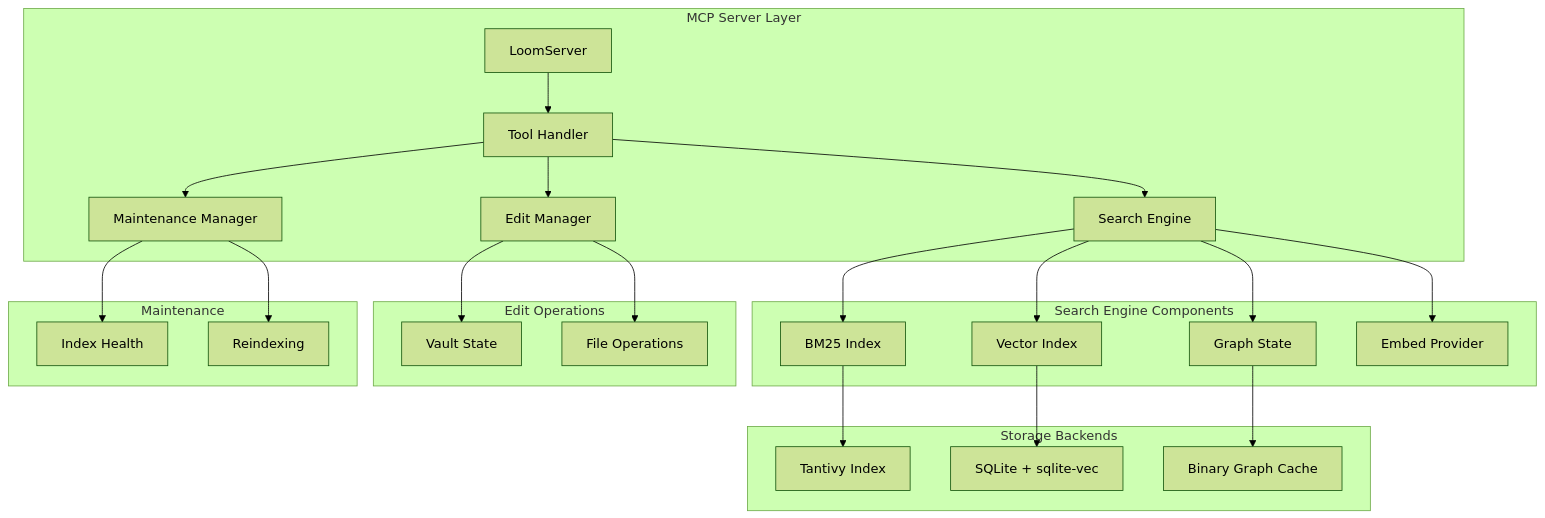
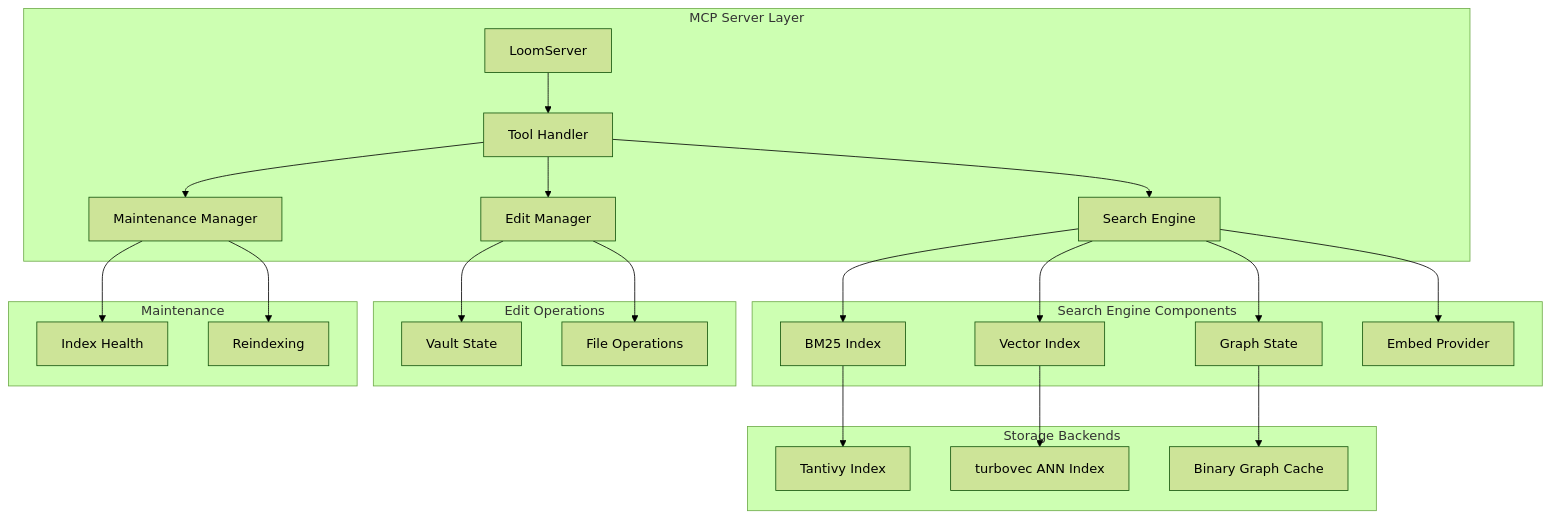
One commit to odinkirk/knowledge-loom changed the seventh of 7 diagrams in Architecture.md. Above: the diagram before and after it, drawn with Mermaid (forest theme). The commit also changed other lines of this file and 34 other files, not shown here.

First line of the commit message:
feat(vector): integrate turbovec as ANN vector search backend (#13)

````diff
--- a/Architecture.md
+++ b/Architecture.md
@@ -417,32 +417,32 @@
 ```mermaid
 graph TB
     subgraph "MCP Server Layer"
         A[LoomServer] --> B[Tool Handler]
         B --> C[Search Engine]
         B --> D[Edit Manager]
         B --> E[Maintenance Manager]
     end
     
     subgraph "Search Engine Components"
         C --> F[BM25 Index]
         C --> G[Vector Index]
         C --> H[Graph State]
         C --> I[Embed Provider]
     end
     
     subgraph "Storage Backends"
         F --> J[Tantivy Index]
-        G --> K[SQLite + sqlite-vec]
+        G --> K[turbovec ANN Index]
         H --> L[Binary Graph Cache]
     end
     
     subgraph "Edit Operations"
         D --> M[Vault State]
         D --> N[File Operations]
     end
     
     subgraph "Maintenance"
         E --> O[Index Health]
         E --> P[Reindexing]
     end
 ```
````
